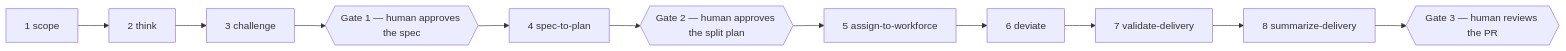
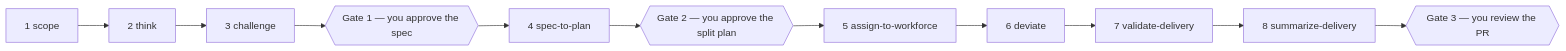
Before and after one commit to agentculture/devague: the diagram in README.md, drawn with Mermaid. The commit also changed other lines of this file and 5 other files, not shown here.

````diff
--- a/README.md
+++ b/README.md
@@ -16,8 +33,8 @@
 ```mermaid
 flowchart LR
   S[1 scope] --> T[2 think] --> C[3 challenge]
-  C --> G1{{Gate 1 — human approves the spec}}
-  G1 --> P[4 spec-to-plan] --> G2{{Gate 2 — human approves the split plan}}
+  C --> G1{{Gate 1 — you approve the spec}}
+  G1 --> P[4 spec-to-plan] --> G2{{Gate 2 — you approve the split plan}}
   G2 --> A[5 assign-to-workforce] --> D[6 deviate] --> V[7 validate-delivery]
-  V --> Z[8 summarize-delivery] --> G3{{Gate 3 — human reviews the PR}}
+  V --> Z[8 summarize-delivery] --> G3{{Gate 3 — you review the PR}}
 ```
````
